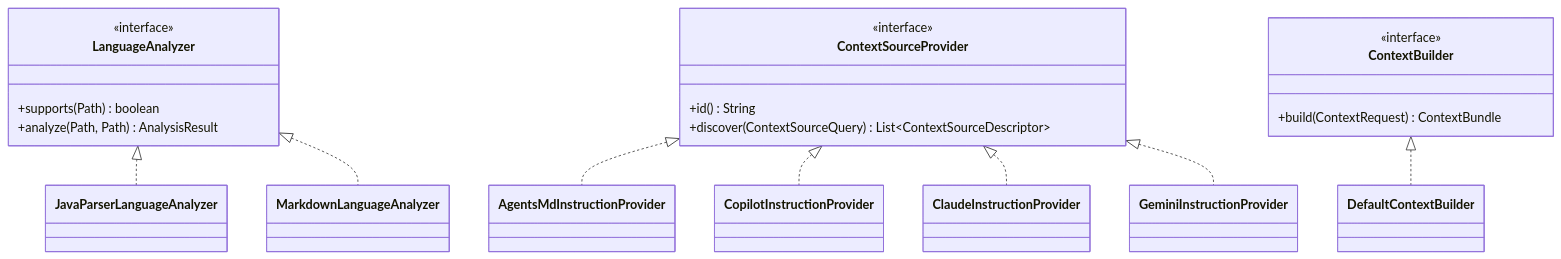
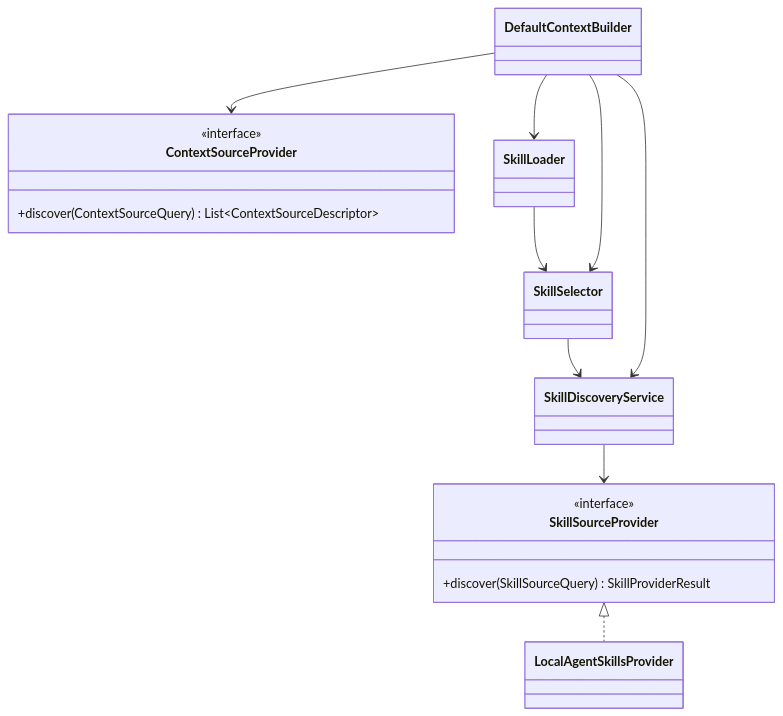
The second of 2 diagrams in docs/developer/README.md (FTurleque/nexus-context-engine), drawn with Mermaid before and after one commit. The commit also changed other lines of this file, not shown here.

````diff
--- a/docs/developer/README.md
+++ b/docs/developer/README.md
@@ -288,35 +273,27 @@
 ```mermaid
 classDiagram
-    class LanguageAnalyzer {
-        <<interface>>
-        +supports(Path) boolean
-        +analyze(Path, Path) AnalysisResult
-    }
-
     class ContextSourceProvider {
         <<interface>>
-        +id() String
         +discover(ContextSourceQuery) List~ContextSourceDescriptor~
     }
 
-    class ContextBuilder {
+    class SkillSourceProvider {
         <<interface>>
-        +build(ContextRequest) ContextBundle
+        +discover(SkillSourceQuery) SkillProviderResult
     }
 
-    class JavaParserLanguageAnalyzer
-    class MarkdownLanguageAnalyzer
-    class AgentsMdInstructionProvider
-    class CopilotInstructionProvider
-    class ClaudeInstructionProvider
-    class GeminiInstructionProvider
+    class LocalAgentSkillsProvider
+    class SkillDiscoveryService
+    class SkillSelector
+    class SkillLoader
     class DefaultContextBuilder
 
-    LanguageAnalyzer <|.. JavaParserLanguageAnalyzer
-    LanguageAnalyzer <|.. MarkdownLanguageAnalyzer
-    ContextSourceProvider <|.. AgentsMdInstructionProvider
-    ContextSourceProvider <|.. CopilotInstructionProvider
-    ContextSourceProvider <|.. ClaudeInstructionProvider
-    ContextSourceProvider <|.. GeminiInstructionProvider
-    ContextBuilder <|.. DefaultContextBuilder
+    SkillSourceProvider <|.. LocalAgentSkillsProvider
+    SkillDiscoveryService --> SkillSourceProvider
+    SkillSelector --> SkillDiscoveryService
+    SkillLoader --> SkillSelector
+    DefaultContextBuilder --> ContextSourceProvider
+    DefaultContextBuilder --> SkillDiscoveryService
+    DefaultContextBuilder --> SkillSelector
+    DefaultContextBuilder --> SkillLoader
 ```
````
